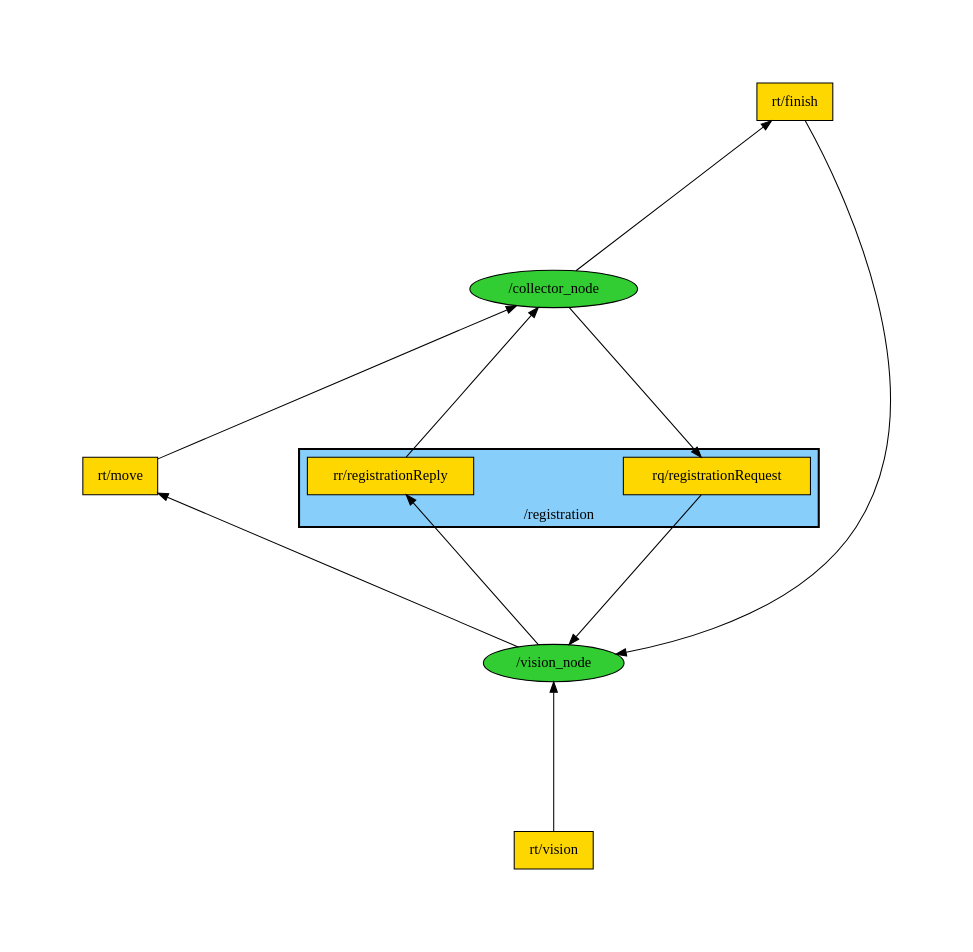
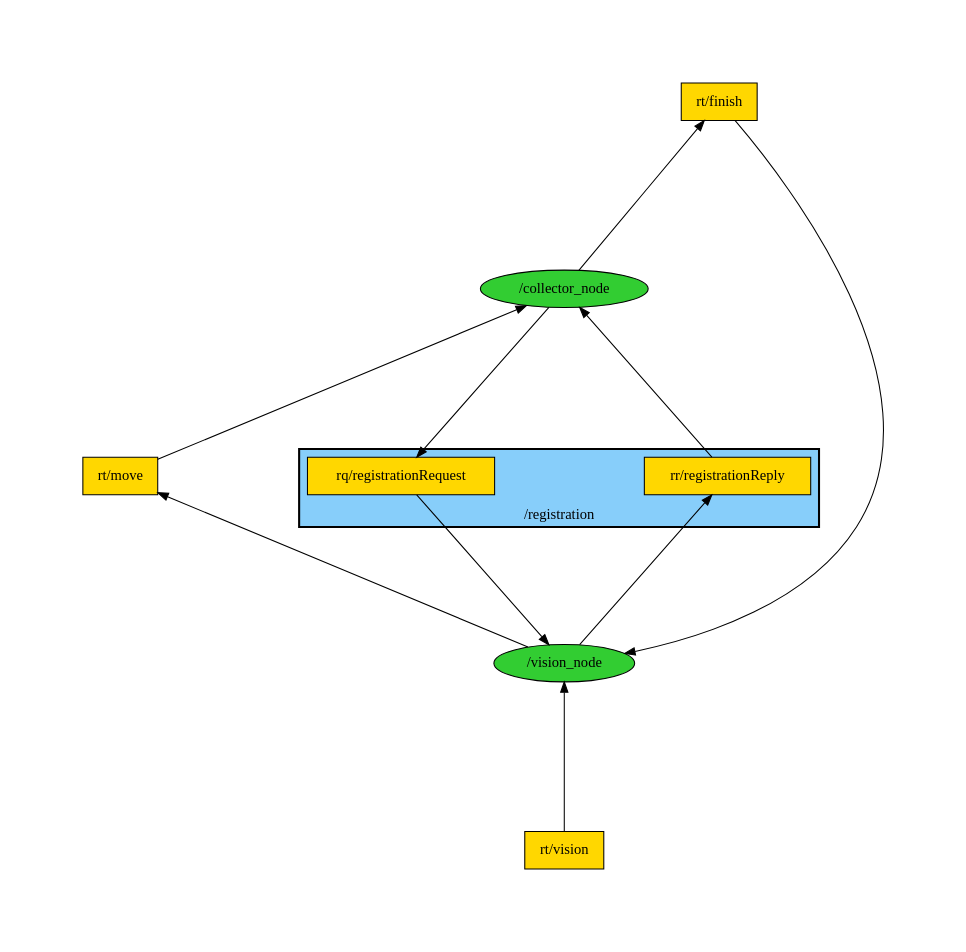
One commit to lisa-analyzer/lisa4ros2-fe changed the diagram in fruit_collectors/graph/graph.dot. Above: the diagram before and after it, drawn with Graphviz. The commit also changed 1591 other files, not shown here.

```diff
--- a/fruit_collectors/graph/graph.dot
+++ b/fruit_collectors/graph/graph.dot
@@ -1,1 +1,1 @@
-digraph rosgraph {graph [pad="1", nodesep="2", rankdir="BT", ranksep="2"];"/vision_node"[style=filled,fillcolor="limegreen"];"/collector_node"[style=filled,fillcolor="limegreen"];"rt/move"[shape=box,style=filled,fillcolor="gold"];"rt/move"[shape=box,style=filled,fillcolor="gold"];"rt/vision"[shape=box,style=filled,fillcolor="gold"];"rt/finish"[shape=box,style=filled,fillcolor="gold"];"rt/finish"[shape=box,style=filled,fillcolor="gold"];subgraph cluster_0 { style=filled;fillcolor="lightskyblue";penwidth=2;label="/registration";"rq/registrationRequest"[shape=box,style=filled,fillcolor="gold"];"rr/registrationReply"[shape=box,style=filled,fillcolor="gold"];}subgraph cluster_1 { style=filled;fillcolor="lightskyblue";penwidth=2;label="/registration";"rq/registrationRequest"[shape=box,style=filled,fillcolor="gold"];"rr/registrationReply"[shape=box,style=filled,fillcolor="gold"];}"/vision_node" -> "rt/move""rt/vision" -> "/vision_node""rt/finish" -> "/vision_node""rq/registrationRequest" -> "/vision_node""/vision_node" -> "rr/registrationReply""/collector_node" -> "rt/finish""rt/move" -> "/collector_node""rr/registrationReply" -> "/collector_node""/collector_node" -> "rq/registrationRequest"}
+digraph rosgraph {graph [pad="1", nodesep="2", rankdir="BT", ranksep="2"];"/vision_node"[style=filled,fillcolor="limegreen"];"/collector_node"[style=filled,fillcolor="limegreen"];"rt/vision"[shape=box,style=filled,fillcolor="gold"];"rt/finish"[shape=box,style=filled,fillcolor="gold"];"rt/move"[shape=box,style=filled,fillcolor="gold"];subgraph cluster_0 { style=filled;fillcolor="lightskyblue";penwidth=2;label="/registration";"rr/registrationReply"[shape=box,style=filled,fillcolor="gold"];"rq/registrationRequest"[shape=box,style=filled,fillcolor="gold"];"rq/registrationRequest"[shape=box,style=filled,fillcolor="gold"];"rr/registrationReply"[shape=box,style=filled,fillcolor="gold"];}"/vision_node" -> "rt/move""rt/vision" -> "/vision_node""rt/finish" -> "/vision_node""/vision_node" -> "rr/registrationReply""rq/registrationRequest" -> "/vision_node""/collector_node" -> "rt/finish""rt/move" -> "/collector_node""/collector_node" -> "rq/registrationRequest""rr/registrationReply" -> "/collector_node"}
```
